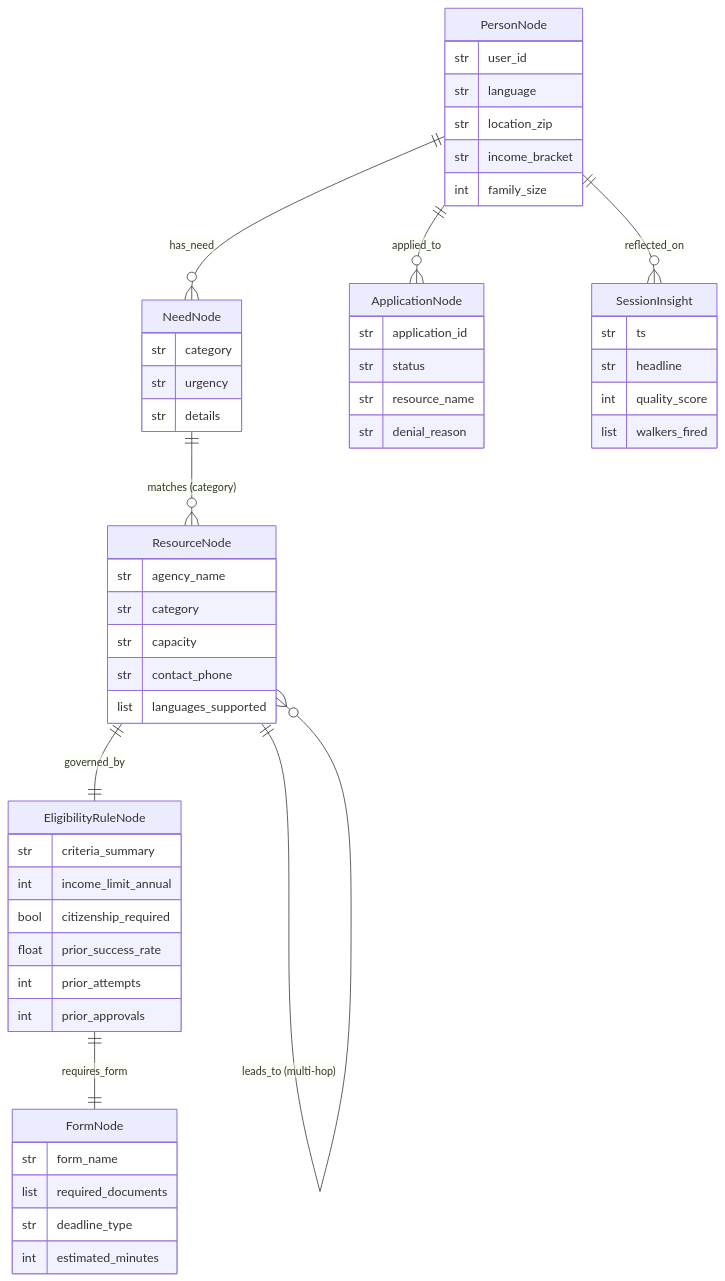
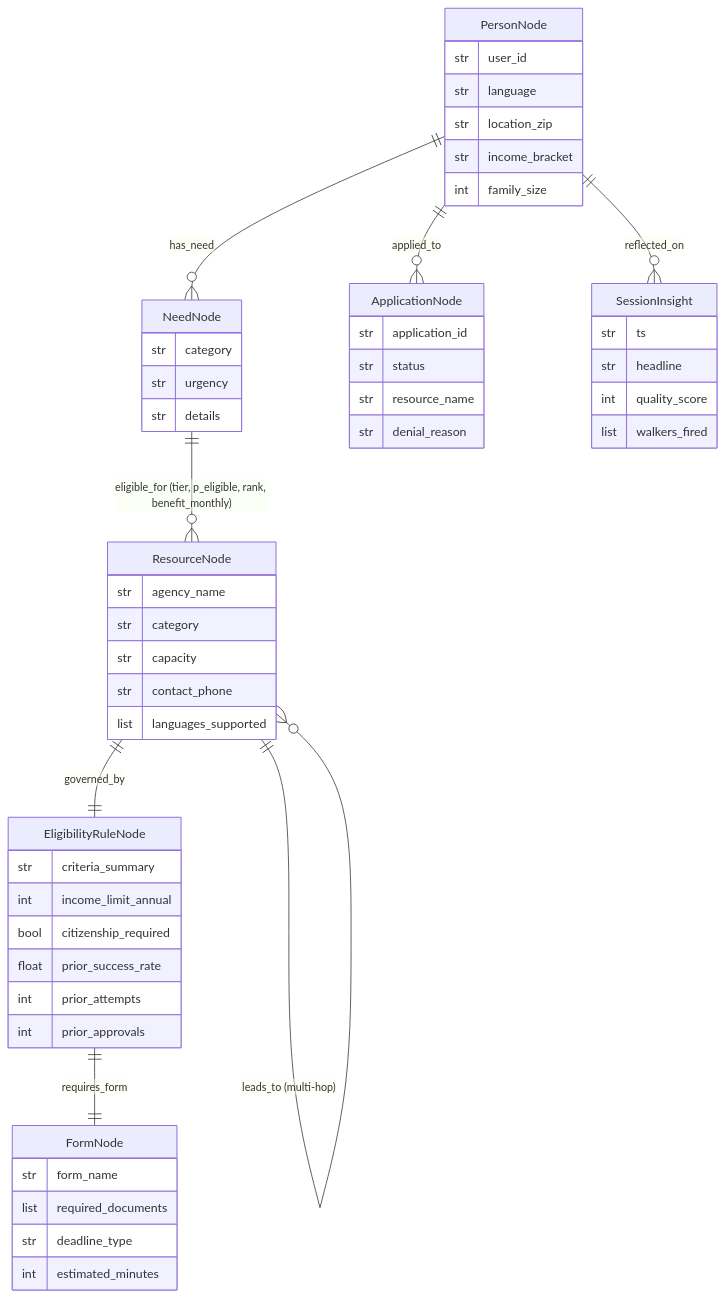
One commit to Anbu-00001/CivicMesh changed the third of 3 diagrams in README.md. Above: the diagram before and after it, drawn with Mermaid. The commit also changed other lines of this file and 46 other files, not shown here.

````diff
--- a/README.md
+++ b/README.md
@@ -158,56 +169,56 @@
 ```mermaid
 erDiagram
     PersonNode ||--o{ NeedNode : "has_need"
     PersonNode ||--o{ ApplicationNode : "applied_to"
     PersonNode ||--o{ SessionInsight : "reflected_on"
-    NeedNode ||--o{ ResourceNode : "matches (category)"
+    NeedNode ||--o{ ResourceNode : "eligible_for (tier, p_eligible, rank, benefit_monthly)"
     ResourceNode ||--|| EligibilityRuleNode : "governed_by"
     EligibilityRuleNode ||--|| FormNode : "requires_form"
     ResourceNode ||--o{ ResourceNode : "leads_to (multi-hop)"
 
     PersonNode {
         str user_id
         str language
         str location_zip
         str income_bracket
         int family_size
     }
     NeedNode {
         str category
         str urgency
         str details
     }
     ResourceNode {
         str agency_name
         str category
         str capacity
         str contact_phone
         list languages_supported
     }
     EligibilityRuleNode {
         str criteria_summary
         int income_limit_annual
         bool citizenship_required
         float prior_success_rate
         int prior_attempts
         int prior_approvals
     }
     FormNode {
         str form_name
         list required_documents
         str deadline_type
         int estimated_minutes
     }
     ApplicationNode {
         str application_id
         str status
         str resource_name
         str denial_reason
     }
     SessionInsight {
         str ts
         str headline
         int quality_score
         list walkers_fired
     }
 ```
````
